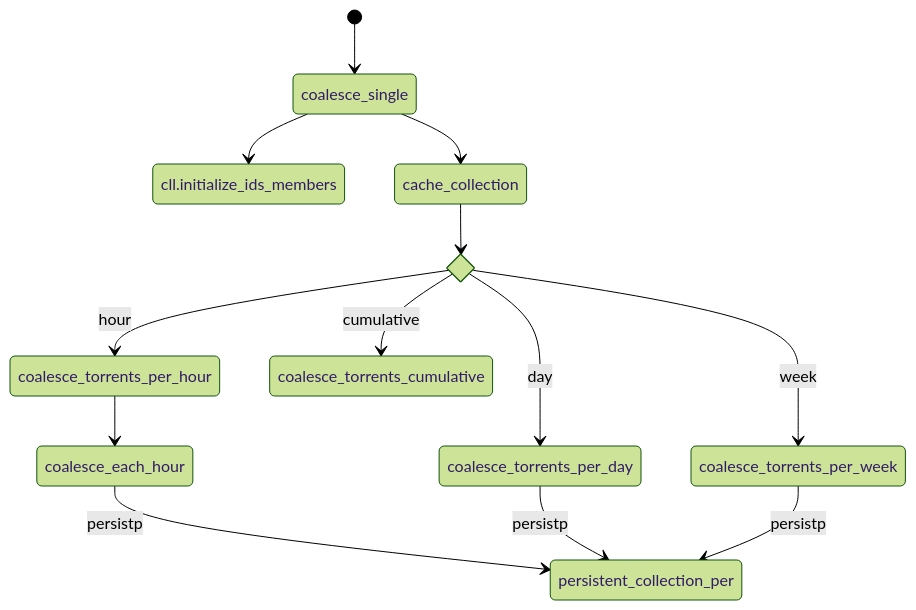
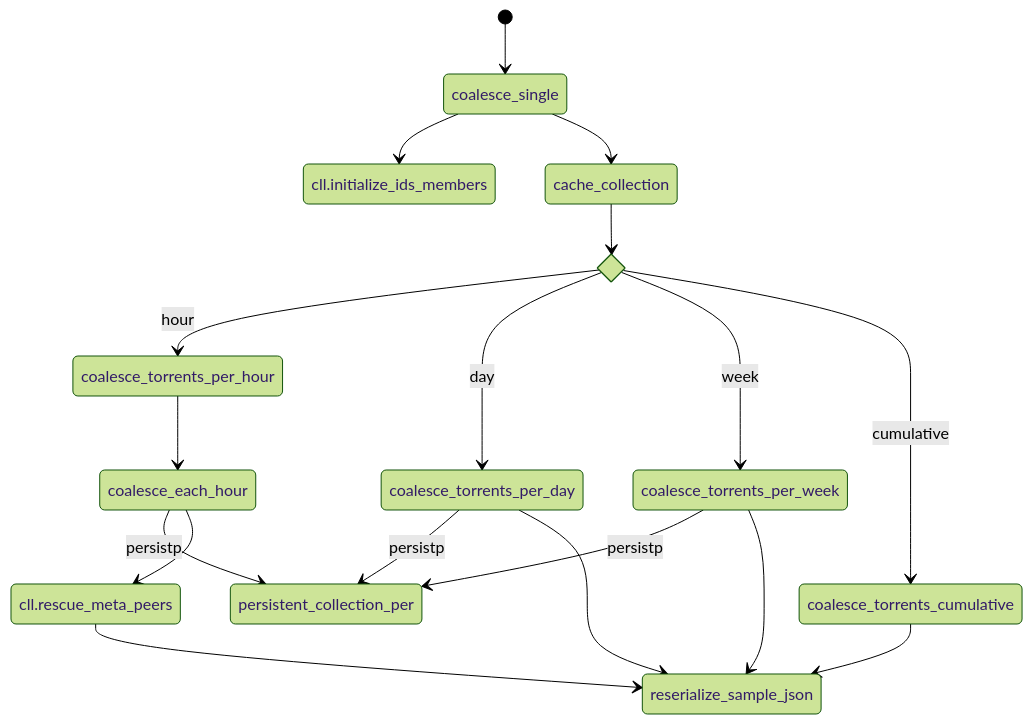
One commit to bdekoz/alpha60-docs changed the diagram in docs/graphs/coalesce_single.mmd. Above: the diagram before and after it, drawn with Mermaid (forest theme). The commit also changed 1 other file, not shown here.

```diff
--- a/docs/graphs/coalesce_single.mmd
+++ b/docs/graphs/coalesce_single.mmd
@@ -1,19 +1,24 @@
 stateDiagram-v2
     [*] --> coalesce_single
     coalesce_single --> cll.initialize_ids_members
     coalesce_single --> cache_collection
 
     state if_state<<choice>>
     cache_collection --> if_state
 
     if_state --> coalesce_torrents_per_hour : hour
     coalesce_torrents_per_hour --> coalesce_each_hour
     coalesce_each_hour --> persistent_collection_per : persistp
+    coalesce_each_hour --> cll.rescue_meta_peers
+    cll.rescue_meta_peers --> reserialize_sample_json	
 
     if_state --> coalesce_torrents_per_day : day
     coalesce_torrents_per_day --> persistent_collection_per : persistp
-
+    coalesce_torrents_per_day --> reserialize_sample_json
+    
     if_state --> coalesce_torrents_per_week : week
     coalesce_torrents_per_week --> persistent_collection_per : persistp
+    coalesce_torrents_per_week --> reserialize_sample_json
 
     if_state --> coalesce_torrents_cumulative : cumulative
+    coalesce_torrents_cumulative --> reserialize_sample_json
```
